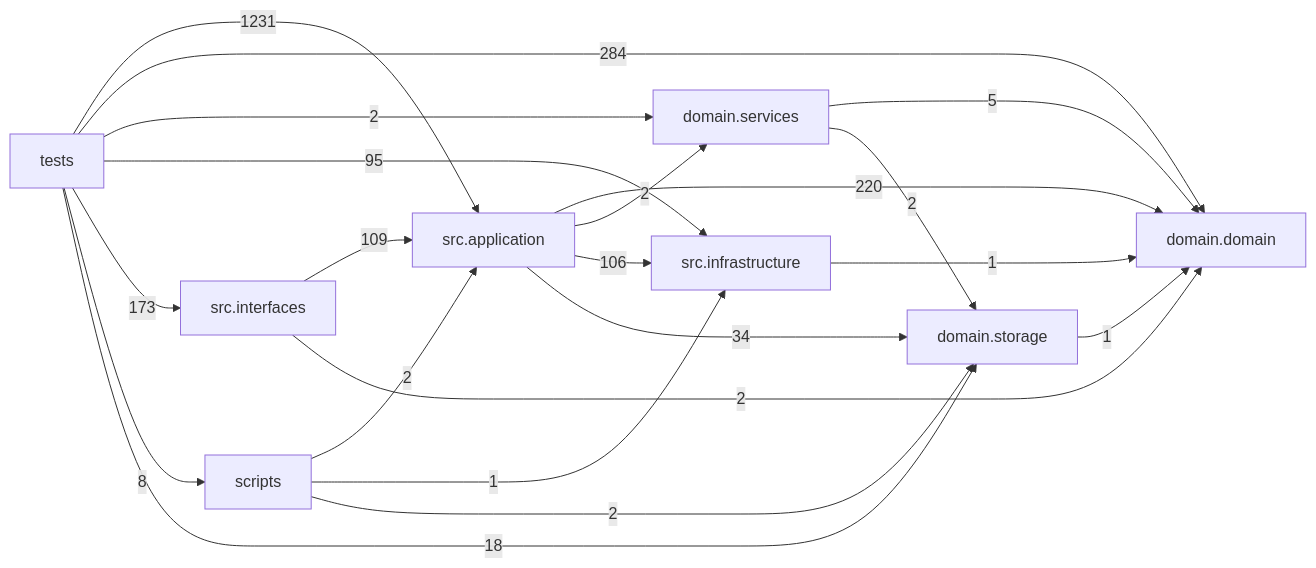
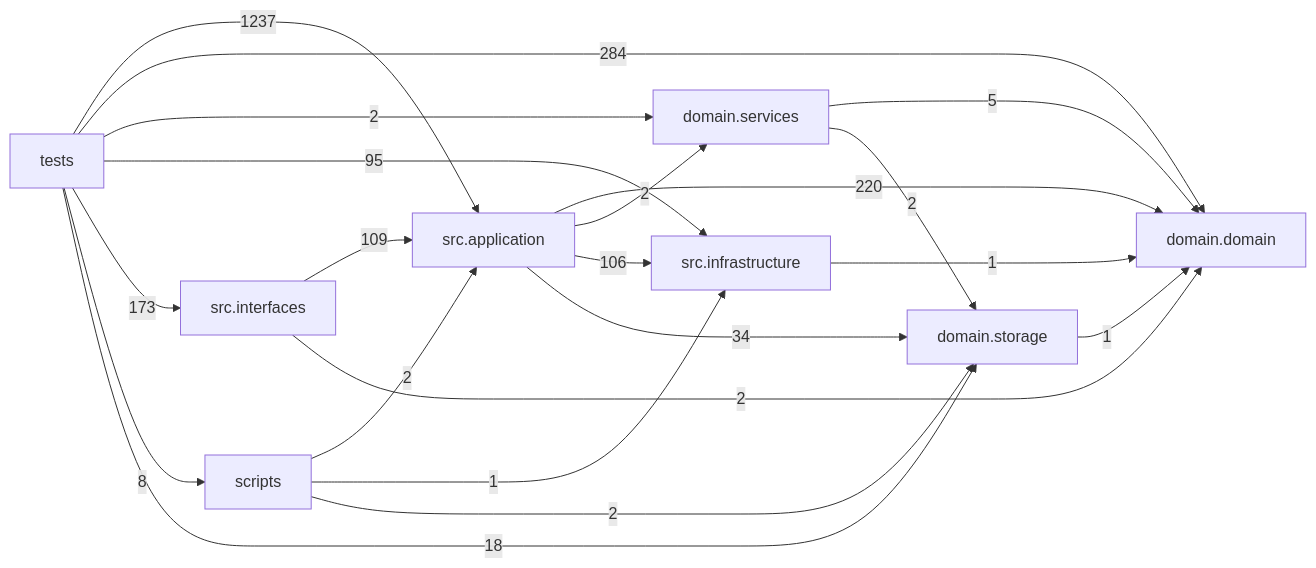
The diagram in docs/DEPENDENCY_GRAPH.md (liuxie066/options-monitor), drawn with Mermaid before and after one commit. The commit also changed other lines of this file and 2 other files, not shown here.

````diff
--- a/docs/DEPENDENCY_GRAPH.md
+++ b/docs/DEPENDENCY_GRAPH.md
@@ -24,31 +24,31 @@
 ```mermaid
 flowchart LR
   tests["tests"]
   scripts["scripts"]
   interfaces["src.interfaces"]
   application["src.application"]
   infrastructure["src.infrastructure"]
   domain_services["domain.services"]
   domain["domain.domain"]
   storage["domain.storage"]
   application -->|220| domain
   application -->|2| domain_services
   application -->|106| infrastructure
   application -->|34| storage
   domain_services -->|5| domain
   domain_services -->|2| storage
   infrastructure -->|1| domain
   interfaces -->|109| application
   interfaces -->|2| domain
   scripts -->|2| application
   scripts -->|1| infrastructure
   scripts -->|2| storage
   storage -->|1| domain
-  tests -->|1231| application
+  tests -->|1237| application
   tests -->|284| domain
   tests -->|2| domain_services
   tests -->|95| infrastructure
   tests -->|173| interfaces
   tests -->|8| scripts
   tests -->|18| storage
 ```
````
